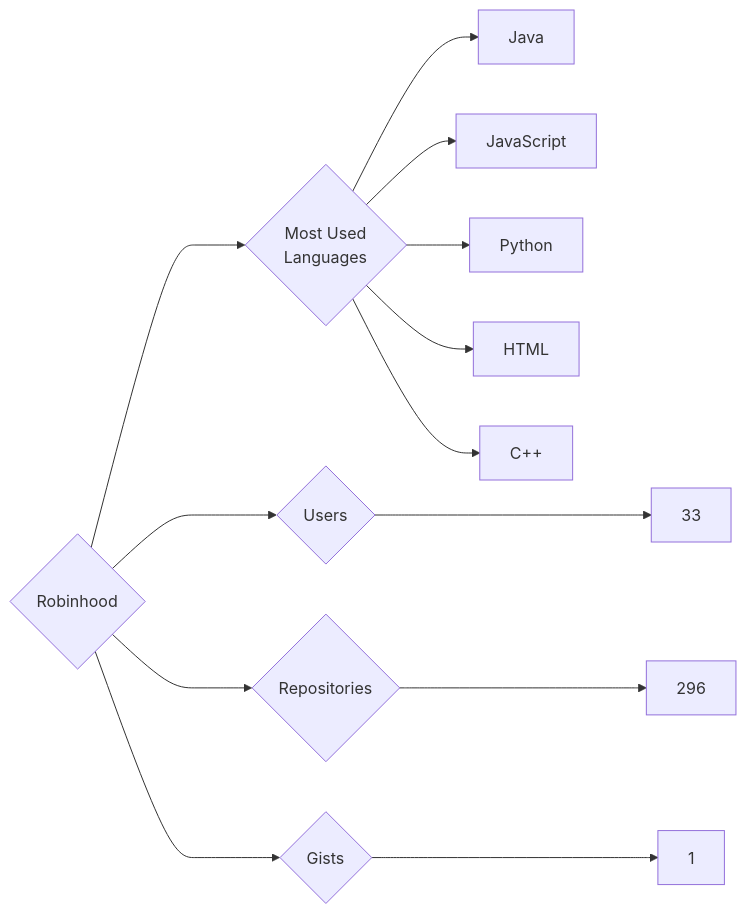
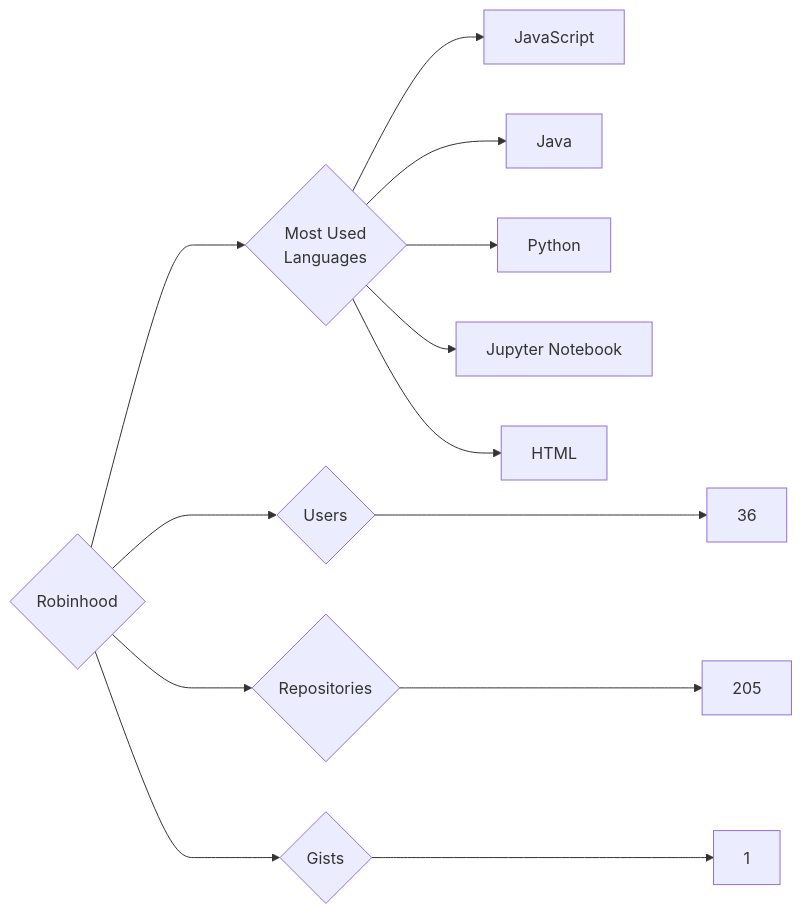
One commit to trickest/insiders changed the diagram in targets/Robinhood/README.md. Above: the diagram before and after it, drawn with Mermaid. The commit also changed 682 other files, not shown here.

````diff
--- a/targets/Robinhood/README.md
+++ b/targets/Robinhood/README.md
@@ -3,13 +3,13 @@
 ```mermaid
 graph LR
 COMPANY_NAME{Robinhood}
-COMPANY_NAME ---> U{Users} ---> UN[33]
-COMPANY_NAME ---> R{Repositories} ---> RN[296]
+COMPANY_NAME ---> U{Users} ---> UN[36]
+COMPANY_NAME ---> R{Repositories} ---> RN[205]
 COMPANY_NAME ---> G{Gists} ---> GN[1]
 COMPANY_NAME ---> ML{Most Used<br>Languages}
+ML --> JavaScript[JavaScript]
 ML --> Java[Java]
-ML --> JavaScript[JavaScript]
 ML --> Python[Python]
+ML --> Jupyter_Notebook[Jupyter Notebook]
 ML --> HTML[HTML]
-ML --> C++[C++]
 ```
````
